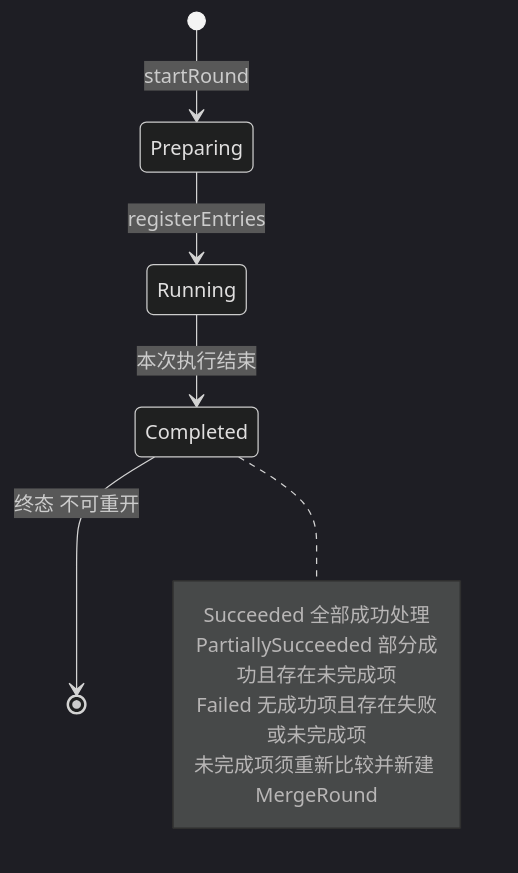
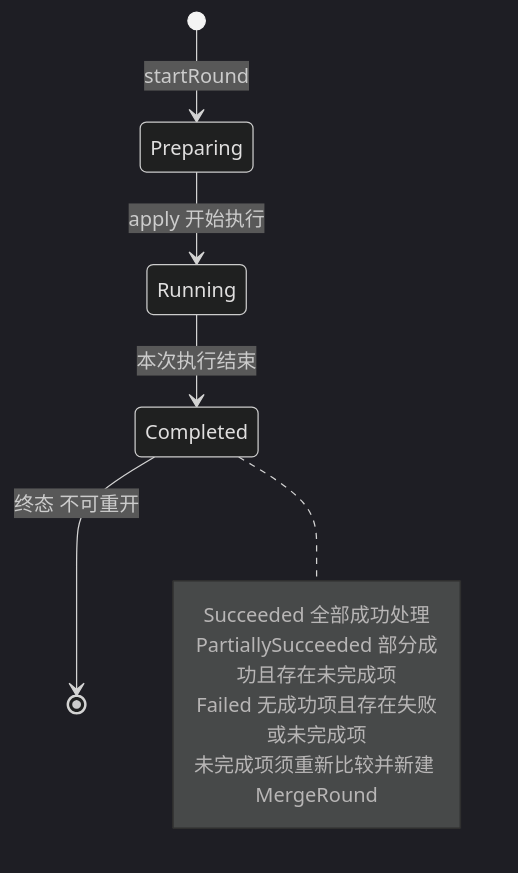
One commit to Greytrack/ddd-workingset changed the third of 3 diagrams in docs/working-set/diagrams/merge-entry-lifecycle.md. Above: the diagram before and after it, drawn with Mermaid (dark theme). The commit also changed other lines of this file and 20 other files, not shown here.

````diff
--- a/docs/working-set/diagrams/merge-entry-lifecycle.md
+++ b/docs/working-set/diagrams/merge-entry-lifecycle.md
@@ -112,13 +97,13 @@
 ```mermaid
 stateDiagram-v2
     [*] --> Preparing: startRound
-    Preparing --> Running: registerEntries
+    Preparing --> Running: apply 开始执行
     Running --> Completed: 本次执行结束
     Completed --> [*]: 终态 不可重开
     note right of Completed
       Succeeded 全部成功处理
       PartiallySucceeded 部分成功且存在未完成项
       Failed 无成功项且存在失败或未完成项
       未完成项须重新比较并新建 MergeRound
     end note
 ```
````
